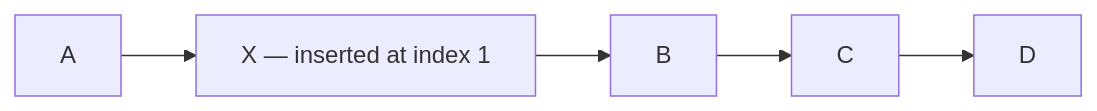
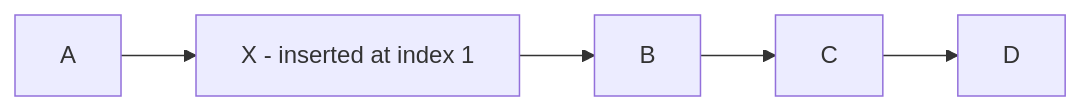
The second of 2 diagrams in guides/programming-concepts/data-structures-explained/01-arrays-and-lists.md (Topurrra/themissingmanual), drawn with Mermaid before and after one commit. The commit also changed other lines of this file and 1072 other files, not shown here.

````diff
--- a/guides/programming-concepts/data-structures-explained/01-arrays-and-lists.md
+++ b/guides/programming-concepts/data-structures-explained/01-arrays-and-lists.md
@@ -103,4 +103,4 @@
 ```mermaid
 flowchart LR
-  A[A] --> X["X — inserted at index 1"] --> B[B] --> C[C] --> D[D]
+  A[A] --> X["X - inserted at index 1"] --> B[B] --> C[C] --> D[D]
 ```
````
